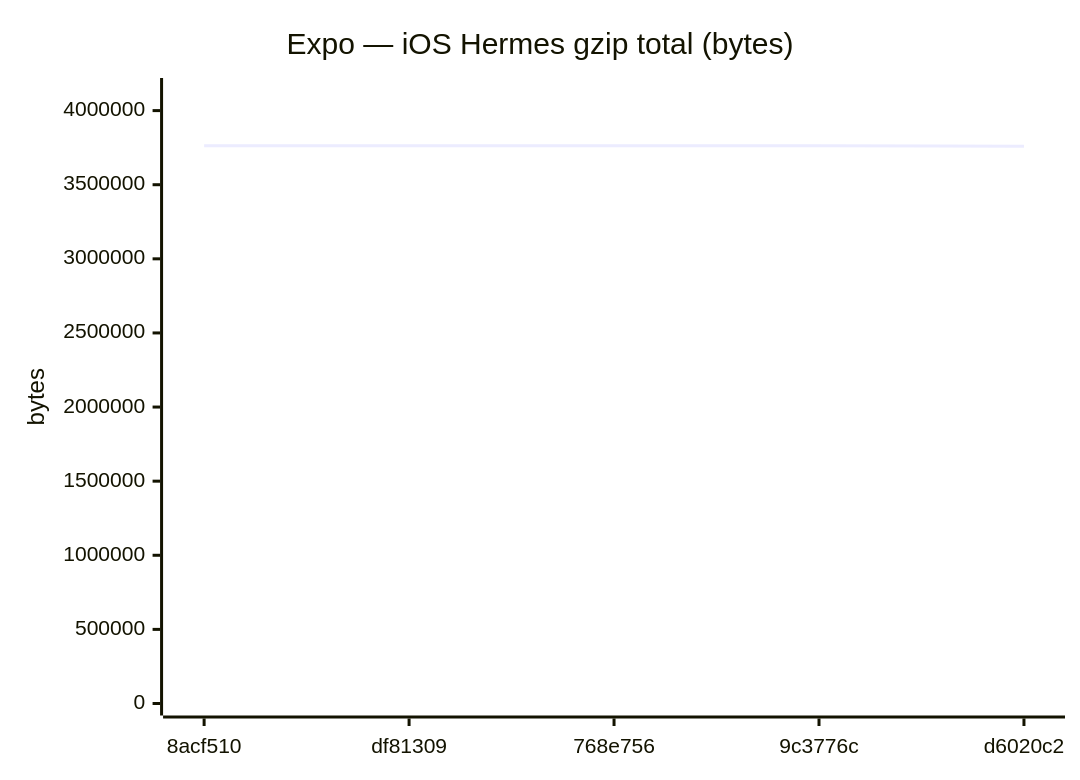
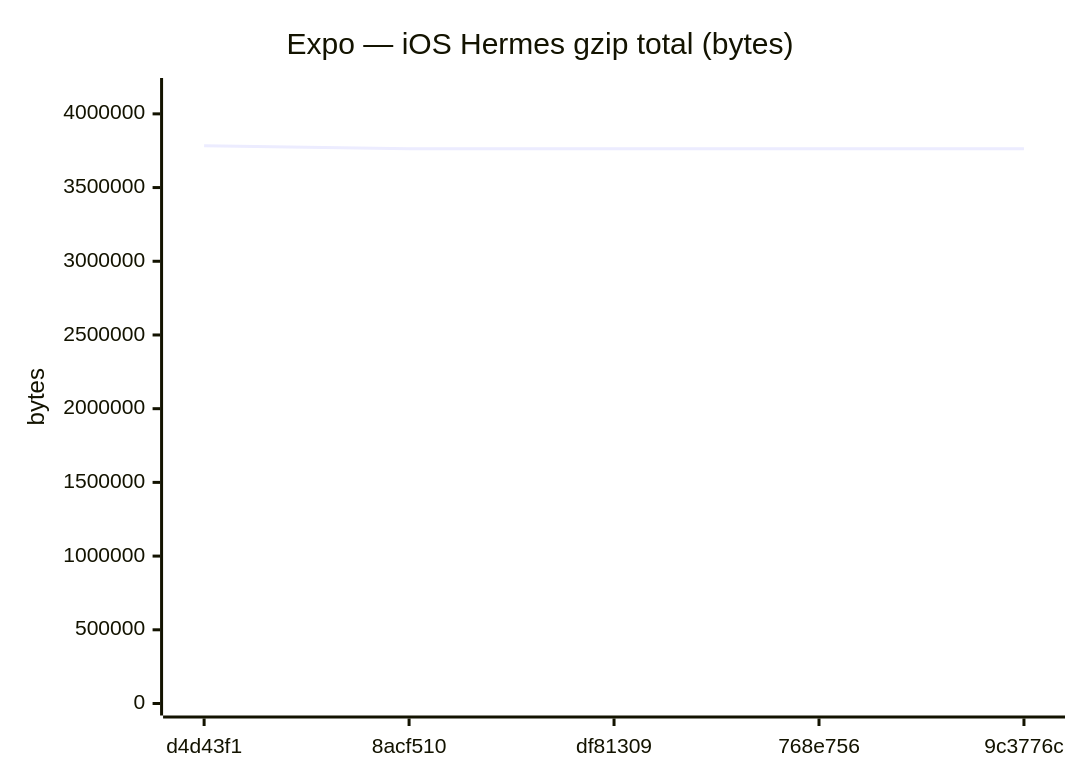
Diagram 12 of 18 in benchmarks/compare.md (Metaheurist/Rianell), drawn with Mermaid before and after one commit. The commit also changed other lines of this file and 11 other files, not shown here.

````diff
--- a/benchmarks/compare.md
+++ b/benchmarks/compare.md
@@ -179,7 +179,7 @@
 ```mermaid
 xychart-beta
     title "Expo — iOS Hermes gzip total (bytes)"
-    x-axis ["8acf510", "df81309", "768e756", "9c3776c", "d6020c2"]
-    y-axis "bytes" 0 --> 4139010
-    line [3762734, 3762736, 3762498, 3762733, 3759872]
+    x-axis ["d4d43f1", "8acf510", "df81309", "768e756", "9c3776c"]
+    y-axis "bytes" 0 --> 4161873
+    line [3783520, 3762734, 3762736, 3762498, 3762733]
 ```
````
